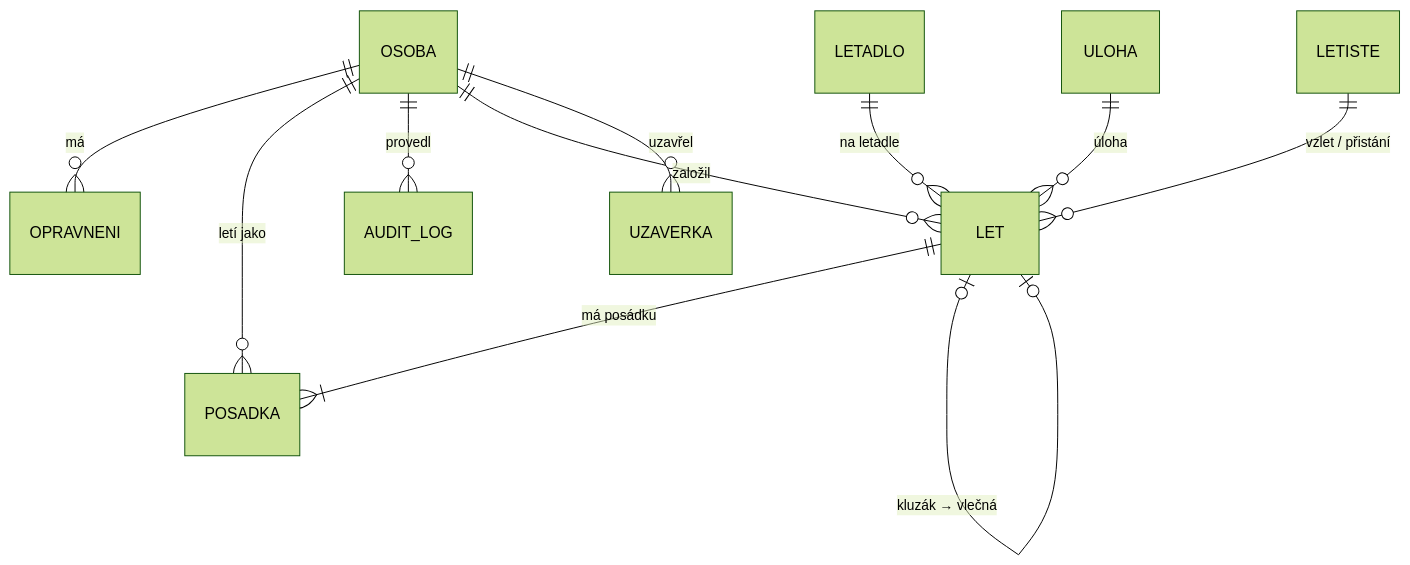
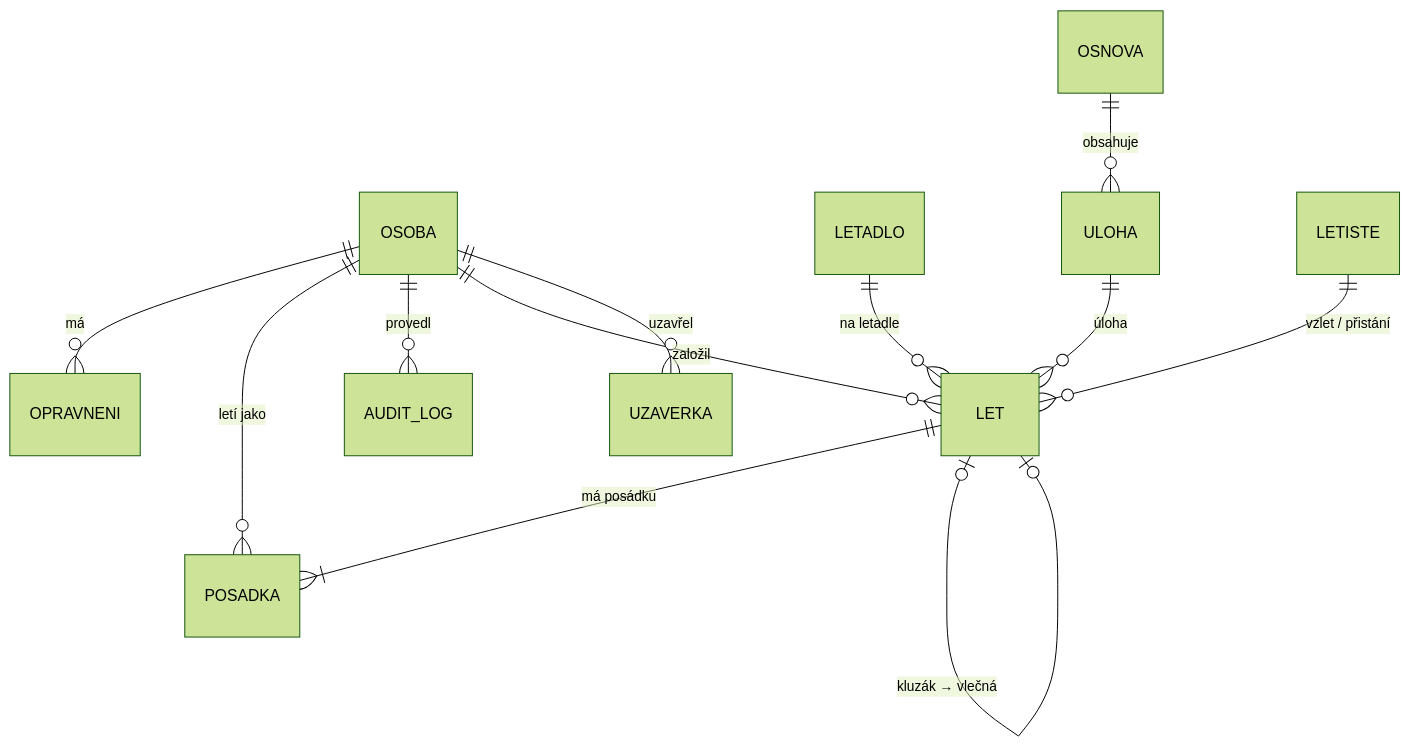
The diagram in docs/navrh.md (tgm126/LKKLLog), drawn with Mermaid (forest theme) before and after one commit. The commit also changed other lines of this file and 6 other files, not shown here.

````diff
--- a/docs/navrh.md
+++ b/docs/navrh.md
@@ -390,13 +398,14 @@
 ```mermaid
 erDiagram
     OSOBA ||--o{ OPRAVNENI : má
     OSOBA ||--o{ POSADKA : "letí jako"
     LET ||--|{ POSADKA : "má posádku"
     LETADLO ||--o{ LET : "na letadle"
+    OSNOVA ||--o{ ULOHA : "obsahuje"
     ULOHA ||--o{ LET : "úloha"
     LETISTE ||--o{ LET : "vzlet / přistání"
     LET |o--o| LET : "kluzák → vlečná"
     OSOBA ||--o{ AUDIT_LOG : "provedl"
     OSOBA ||--o{ LET : "založil"
     OSOBA ||--o{ UZAVERKA : "uzavřel"
 ```
````
